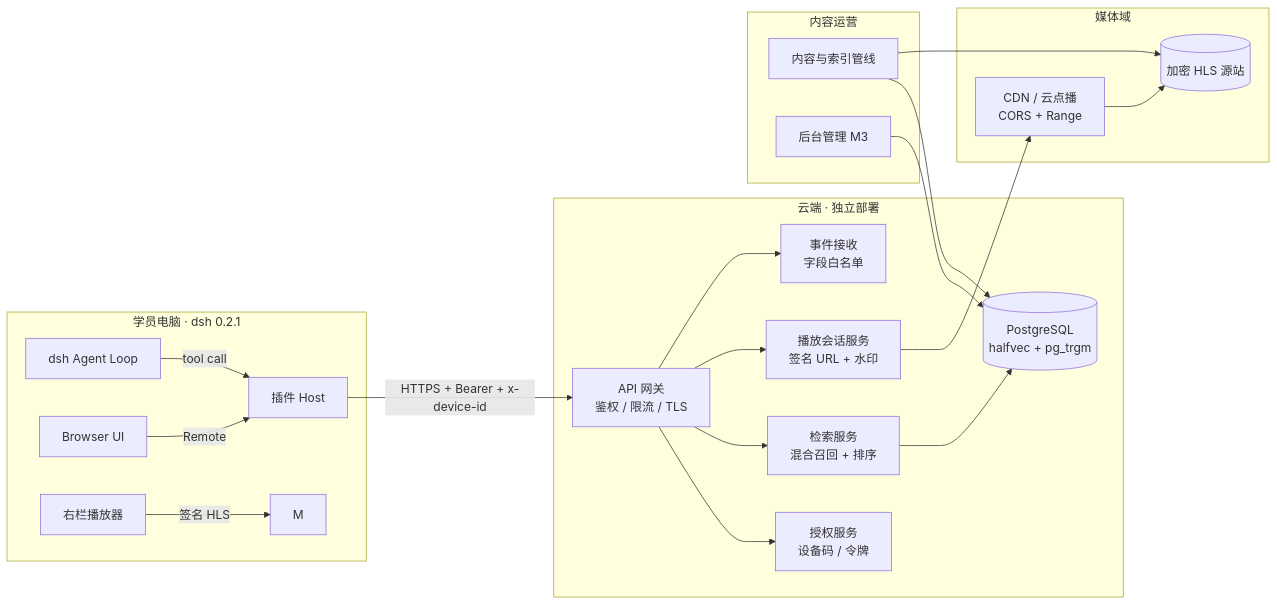
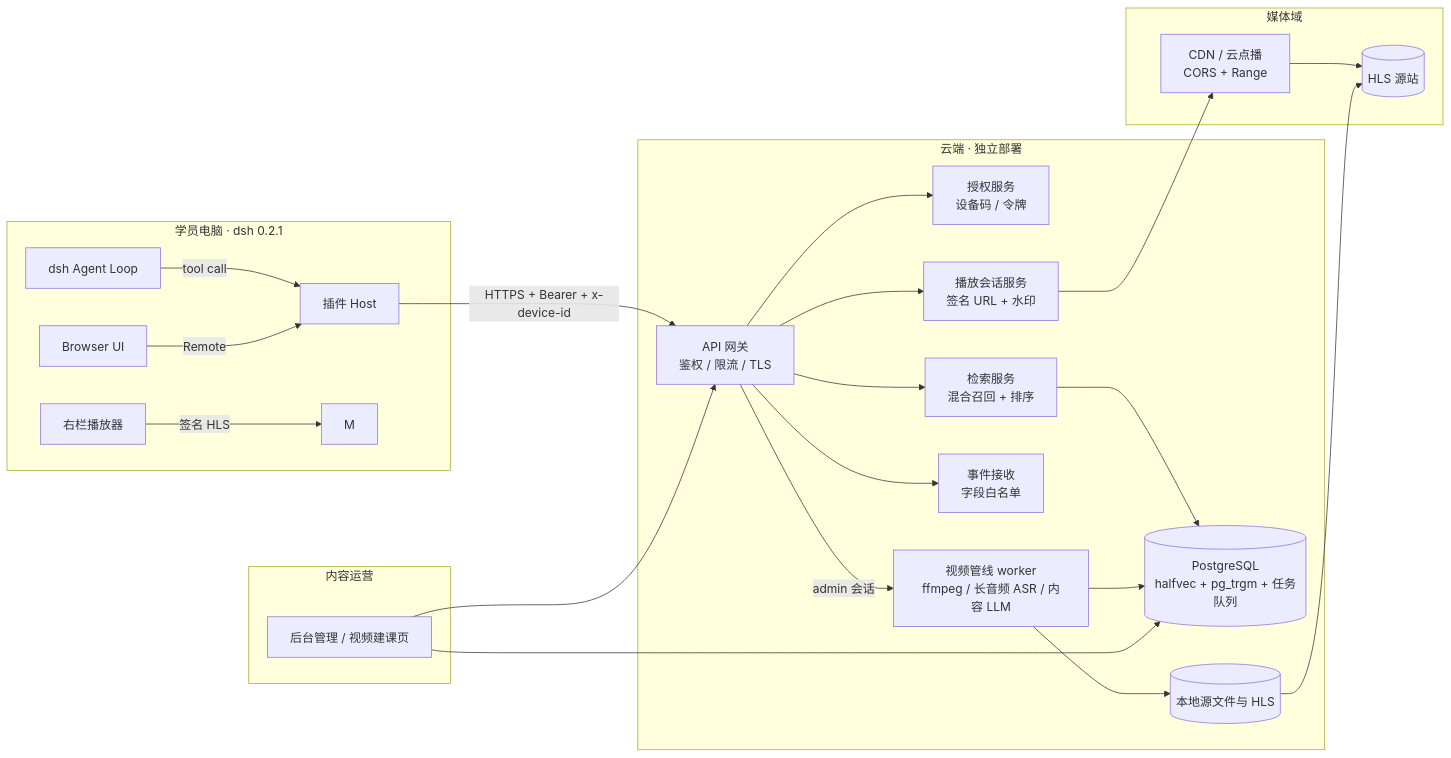
Before and after one commit to domonic18/trend-coach-cloud: the first of 4 diagrams in docs/architecture/architecture-design.md, drawn with Mermaid. The commit also changed other lines of this file and 11 other files, not shown here.

````diff
--- a/docs/architecture/architecture-design.md
+++ b/docs/architecture/architecture-design.md
@@ -33,39 +37,43 @@
 ```mermaid
 flowchart LR
   subgraph Local["学员电脑 · dsh 0.2.1"]
     A[dsh Agent Loop] -->|tool call| H[插件 Host]
     U[Browser UI] -->|Remote| H
     P[右栏播放器] -->|签名 HLS| M
   end
 
   subgraph Cloud["云端 · 独立部署"]
     API[API 网关<br/>鉴权 / 限流 / TLS]
     AUTH[授权服务<br/>设备码 / 令牌]
     KB[检索服务<br/>混合召回 + 排序]
     PB[播放会话服务<br/>签名 URL + 水印]
-    DB[(PostgreSQL<br/>halfvec + pg_trgm)]
+    DB[(PostgreSQL<br/>halfvec + pg_trgm + 任务队列)]
     EV[事件接收<br/>字段白名单]
+    PIPE[视频管线 worker<br/>ffmpeg / 长音频 ASR / 内容 LLM]
+    STORE[(本地源文件与 HLS)]
   end
 
   subgraph Media["媒体域"]
     CDN[CDN / 云点播<br/>CORS + Range]
-    OBJ[(加密 HLS 源站)]
+    OBJ[(HLS 源站)]
   end
 
   subgraph Ops["内容运营"]
-    PIPE[内容与索引管线]
-    ADM[后台管理 M3]
+    ADM[后台管理 / 视频建课页]
   end
 
   H -->|HTTPS + Bearer + x-device-id| API
   API --> AUTH
   API --> KB
   API --> PB
   API --> EV
+  API -->|admin 会话| PIPE
   KB --> DB
   PB --> CDN
   CDN --> OBJ
   PIPE --> DB
-  PIPE --> OBJ
+  PIPE --> STORE
+  STORE --> OBJ
+  ADM --> API
   ADM --> DB
 ```
````
